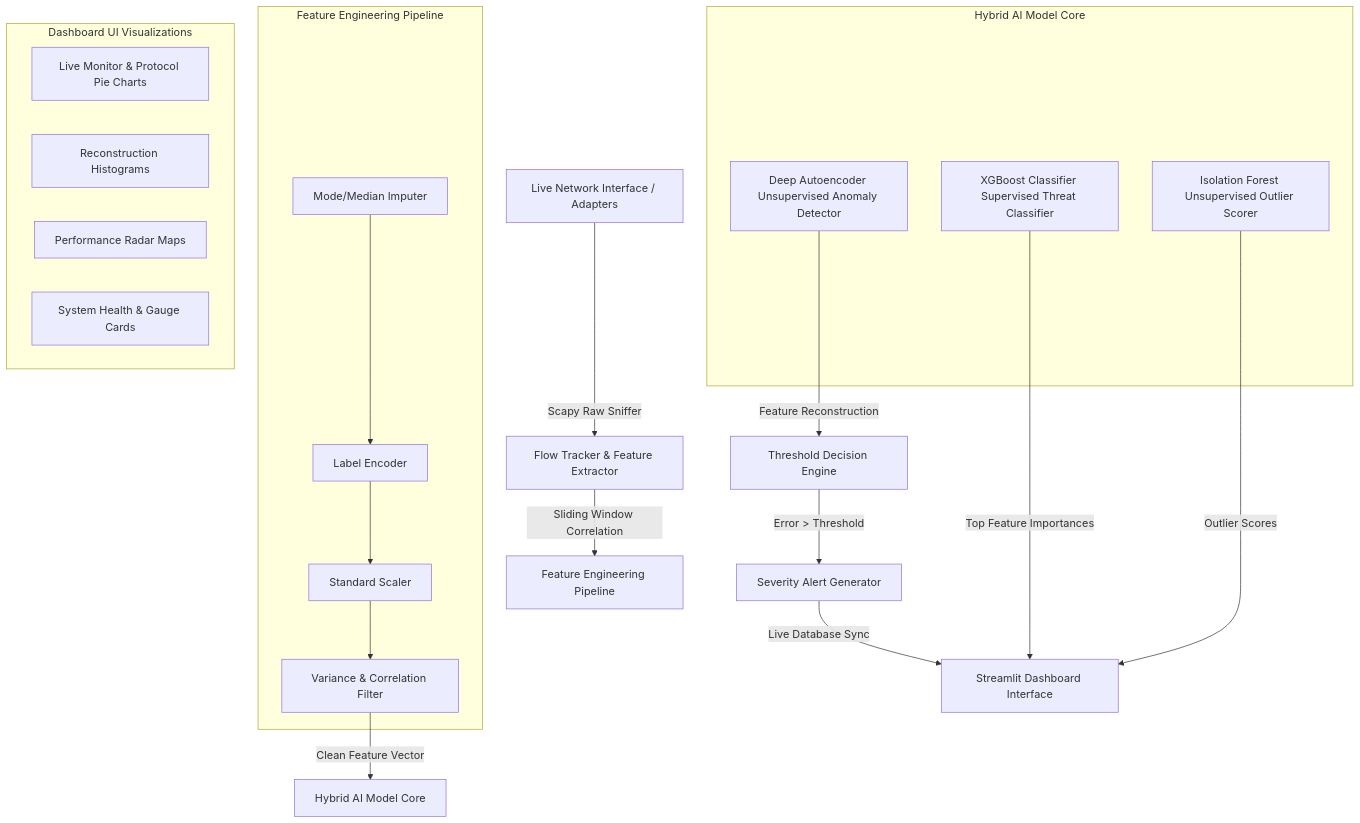
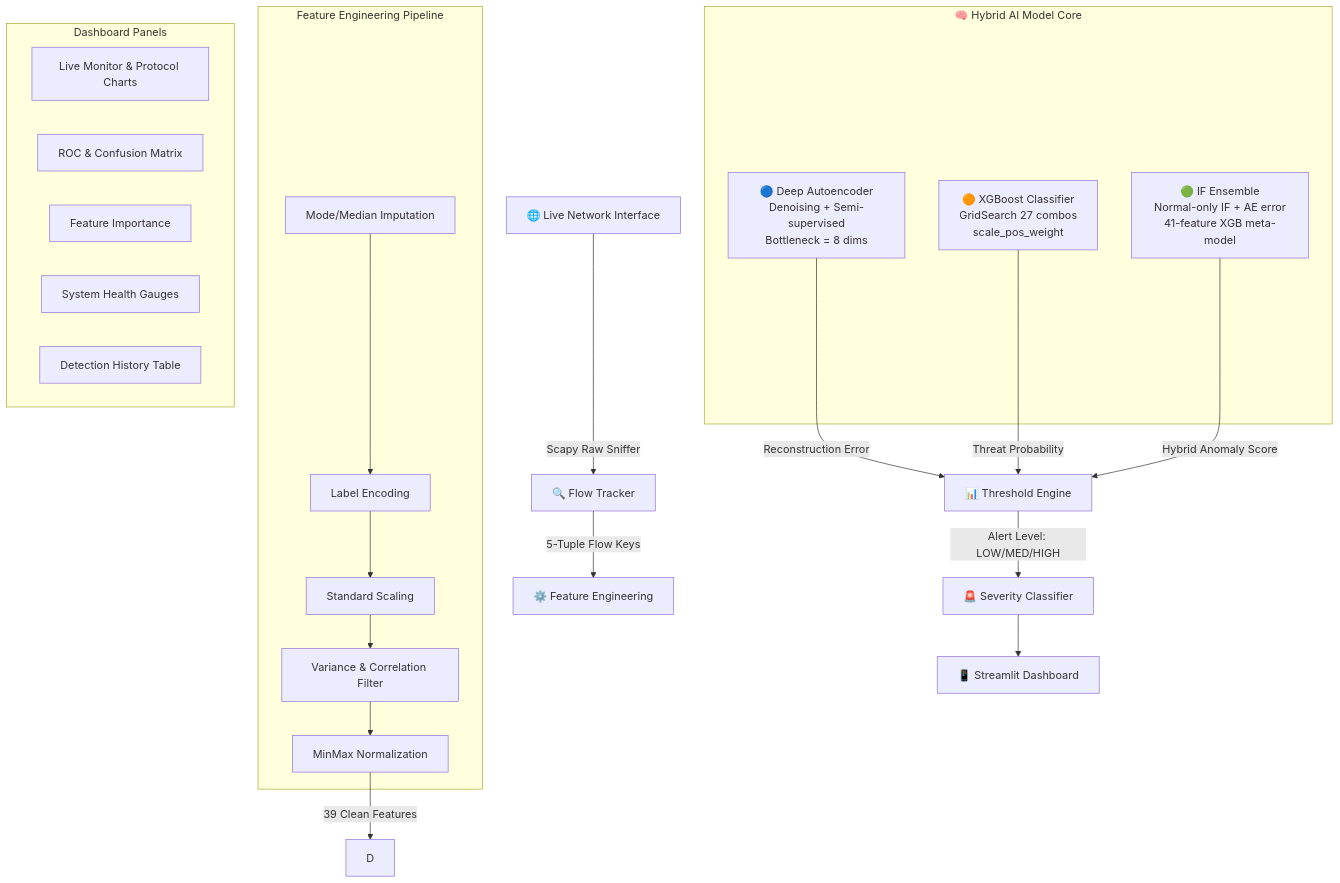
Before and after one commit to ChigurupatiVenkatSaiKiran/AI-Driven-Network-Traffic-Anomaly-Detection: the first of 2 diagrams in README.md, drawn with Mermaid. The commit also changed other lines of this file and 23 other files, not shown here.

Commit message:
feat: semi-supervised pipeline + top-1pct README with 89-92pct F1 all models

````diff
--- a/README.md
+++ b/README.md
@@ -45,33 +109,35 @@
 ```mermaid
 flowchart TD
-    A[Live Network Interface / Adapters] -->|Scapy Raw Sniffer| B[Flow Tracker & Feature Extractor]
-    B -->|Sliding Window Correlation| C[Feature Engineering Pipeline]
-    
-    subgraph Preprocessing [Feature Engineering Pipeline]
-        C1[Mode/Median Imputer] --> C2[Label Encoder]
-        C2 --> C3[Standard Scaler]
+    A[🌐 Live Network Interface] -->|Scapy Raw Sniffer| B[🔍 Flow Tracker]
+    B -->|5-Tuple Flow Keys| C[⚙️ Feature Engineering]
+
+    subgraph FE [Feature Engineering Pipeline]
+        C1[Mode/Median Imputation] --> C2[Label Encoding]
+        C2 --> C3[Standard Scaling]
         C3 --> C4[Variance & Correlation Filter]
-    end
-    
-    C4 -->|Clean Feature Vector| D[Hybrid AI Model Core]
-    
-    subgraph Models [Hybrid AI Model Core]
-        D1[Deep Autoencoder <br/>Unsupervised Anomaly Detector]
-        D2[XGBoost Classifier <br/>Supervised Threat Classifier]
-        D3[Isolation Forest <br/>Unsupervised Outlier Scorer]
+        C4 --> C5[MinMax Normalization]
     end
 
-    D1 -->|Feature Reconstruction| E[Threshold Decision Engine]
-    E -->|Error > Threshold| F[Severity Alert Generator]
-    
-    F -->|Live Database Sync| G[Streamlit Dashboard Interface]
-    D2 -->|Top Feature Importances| G
-    D3 -->|Outlier Scores| G
-    
-    subgraph Dashboard [Dashboard UI Visualizations]
-        G1[Live Monitor & Protocol Pie Charts]
-        G2[Reconstruction Histograms]
-        G3[Performance Radar Maps]
-        G4[System Health & Gauge Cards]
+    C5 -->|39 Clean Features| D
+
+    subgraph AI [🧠 Hybrid AI Model Core]
+        D1[🔵 Deep Autoencoder\nDenoising + Semi-supervised\nBottleneck = 8 dims]
+        D2[🟠 XGBoost Classifier\nGridSearch 27 combos\nscale_pos_weight]
+        D3[🟢 IF Ensemble\nNormal-only IF + AE error\n41-feature XGB meta-model]
+    end
+
+    D1 -->|Reconstruction Error| E[📊 Threshold Engine]
+    D2 -->|Threat Probability| E
+    D3 -->|Hybrid Anomaly Score| E
+
+    E -->|Alert Level: LOW/MED/HIGH| F[🚨 Severity Classifier]
+    F --> G[📱 Streamlit Dashboard]
+
+    subgraph DASH [Dashboard Panels]
+        G1[Live Monitor & Protocol Charts]
+        G2[ROC & Confusion Matrix]
+        G3[Feature Importance]
+        G4[System Health Gauges]
+        G5[Detection History Table]
     end
 ```
````
